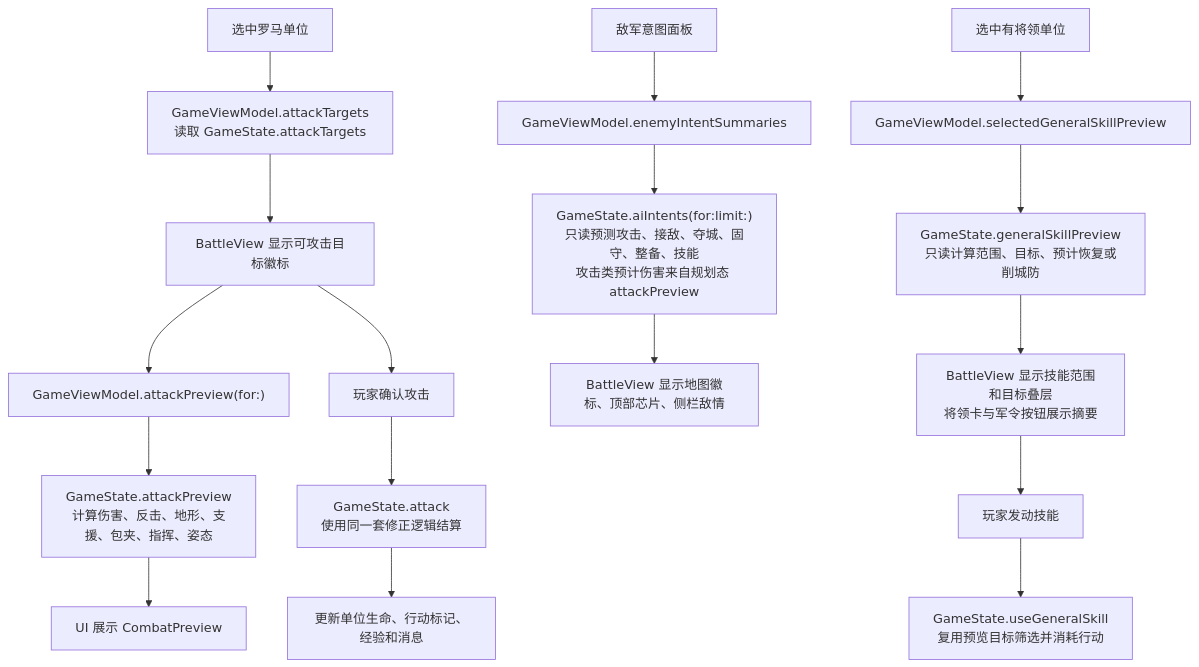
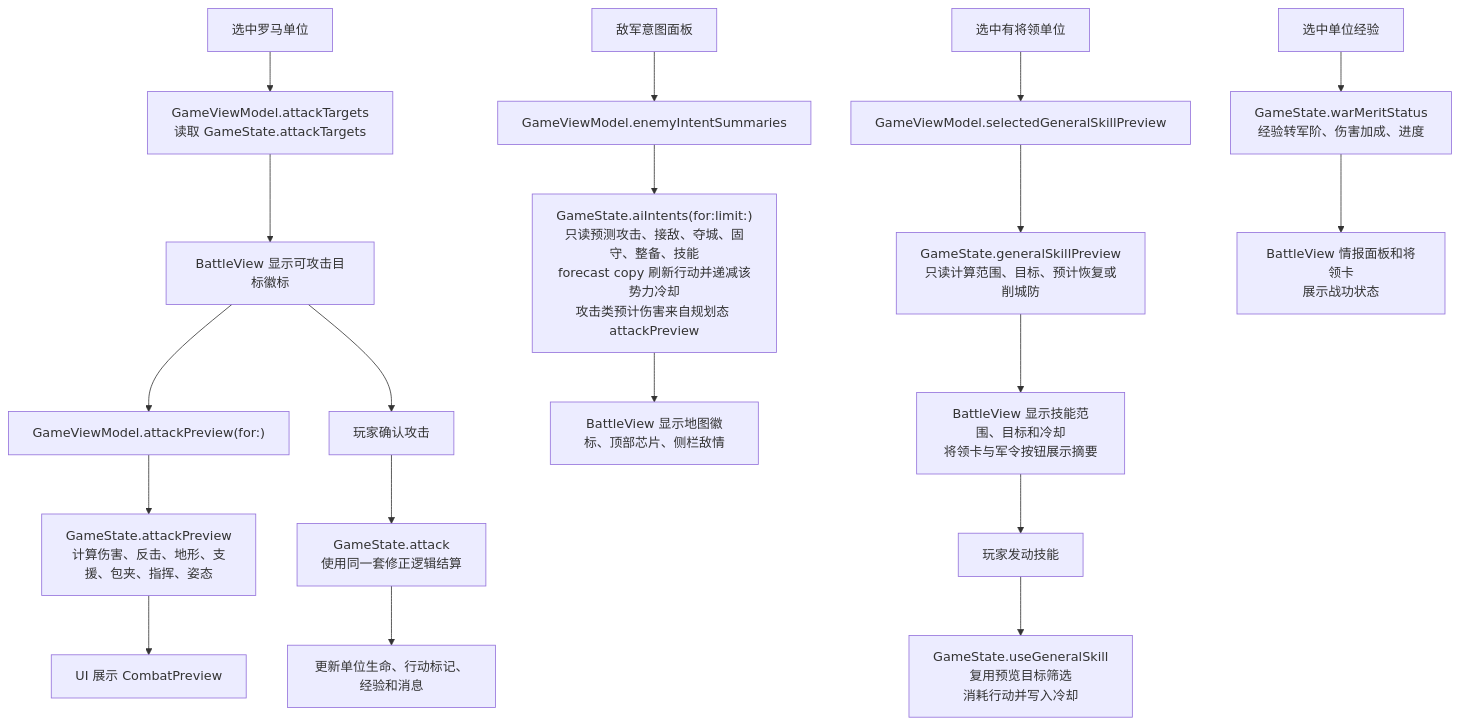
The third of 6 diagrams in md/flow/flowchart.md (Altman-sam114/119), drawn with Mermaid before and after one commit. The commit also changed other lines of this file and 11 other files, not shown here.

````diff
--- a/md/flow/flowchart.md
+++ b/md/flow/flowchart.md
@@ -44,21 +44,24 @@
 ```mermaid
 flowchart TD
     A["选中罗马单位"] --> B["GameViewModel.attackTargets<br/>读取 GameState.attackTargets"]
     B --> C["BattleView 显示可攻击目标徽标"]
     C --> D["GameViewModel.attackPreview(for:)"]
     D --> E["GameState.attackPreview<br/>计算伤害、反击、地形、支援、包夹、指挥、姿态"]
     E --> F["UI 展示 CombatPreview"]
     C --> G["玩家确认攻击"]
     G --> H["GameState.attack<br/>使用同一套修正逻辑结算"]
     H --> I["更新单位生命、行动标记、经验和消息"]
 
     J["敌军意图面板"] --> K["GameViewModel.enemyIntentSummaries"]
-    K --> L["GameState.aiIntents(for:limit:)<br/>只读预测攻击、接敌、夺城、固守、整备、技能<br/>攻击类预计伤害来自规划态 attackPreview"]
+    K --> L["GameState.aiIntents(for:limit:)<br/>只读预测攻击、接敌、夺城、固守、整备、技能<br/>forecast copy 刷新行动并递减该势力冷却<br/>攻击类预计伤害来自规划态 attackPreview"]
     L --> M["BattleView 显示地图徽标、顶部芯片、侧栏敌情"]
 
     N["选中有将领单位"] --> O["GameViewModel.selectedGeneralSkillPreview"]
     O --> P["GameState.generalSkillPreview<br/>只读计算范围、目标、预计恢复或削城防"]
-    P --> Q["BattleView 显示技能范围和目标叠层<br/>将领卡与军令按钮展示摘要"]
+    P --> Q["BattleView 显示技能范围、目标和冷却<br/>将领卡与军令按钮展示摘要"]
     Q --> R["玩家发动技能"]
-    R --> S["GameState.useGeneralSkill<br/>复用预览目标筛选并消耗行动"]
+    R --> S["GameState.useGeneralSkill<br/>复用预览目标筛选<br/>消耗行动并写入冷却"]
+
+    T["选中单位经验"] --> U["GameState.warMeritStatus<br/>经验转军阶、伤害加成、进度"]
+    U --> V["BattleView 情报面板和将领卡<br/>展示战功状态"]
 ```
````
